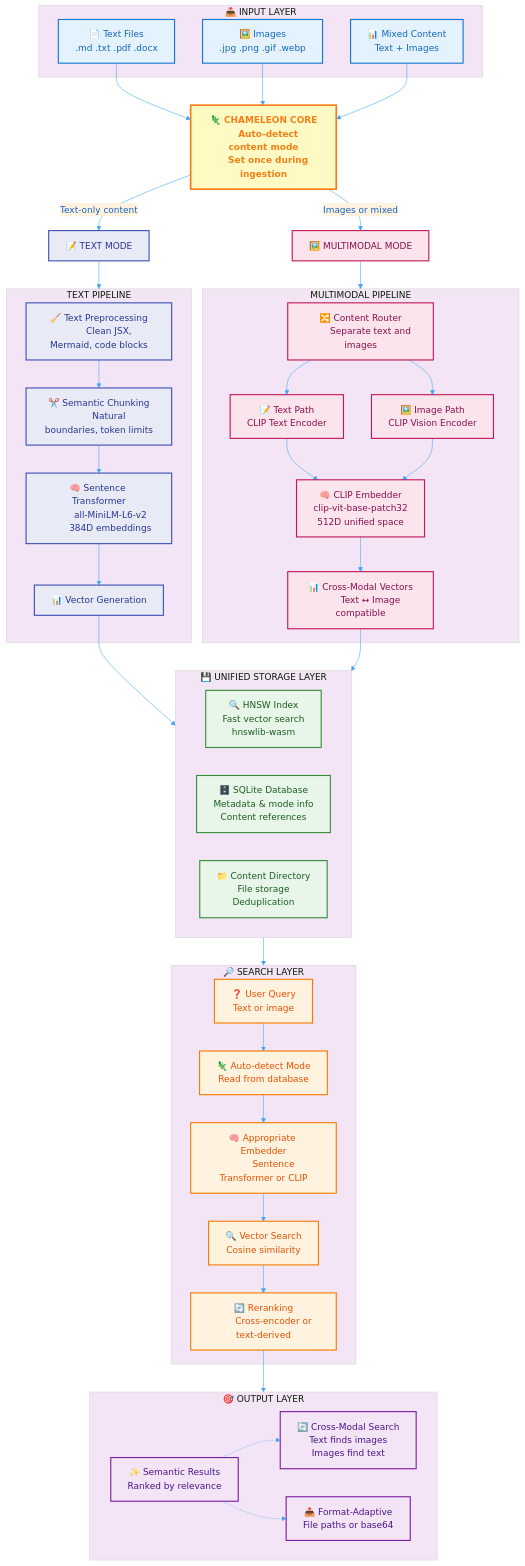
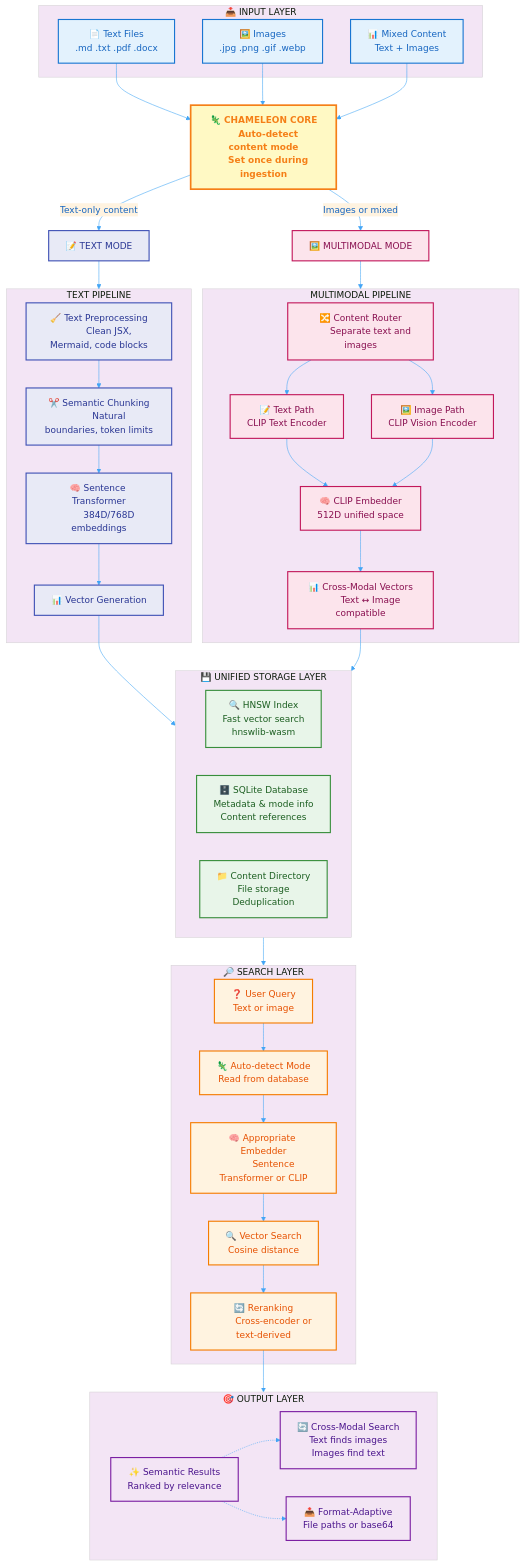
Before and after one commit to raglite/rag-lite-ts: the diagram in docs/assets/pipeline.mmd, drawn with Mermaid. The commit also changed 20 other files, not shown here.

```diff
--- a/docs/assets/pipeline.mmd
+++ b/docs/assets/pipeline.mmd
@@ -1,128 +1,126 @@
 %%{init: {'theme':'base', 'themeVariables': { 'primaryColor':'#e3f2fd','primaryTextColor':'#1565c0','primaryBorderColor':'#1976d2','lineColor':'#42a5f5','secondaryColor':'#fff3e0','tertiaryColor':'#f3e5f5'}}}%%
 
 graph TB
     %% Input Layer
     subgraph Input["📥 INPUT LAYER"]
         TextFiles["📄 Text Files<br/>.md .txt .pdf .docx"]
         Images["🖼️ Images<br/>.jpg .png .gif .webp"]
         Mixed["📊 Mixed Content<br/>Text + Images"]
     end
 
     %% Chameleon Core
     Chameleon["🦎 CHAMELEON CORE
     Auto-detect content mode
     Set once during ingestion"]
     
     %% Mode Selection
     TextFiles --> Chameleon
     Images --> Chameleon
     Mixed --> Chameleon
     
     Chameleon -->|Text-only content| TextMode["📝 TEXT MODE"]
     Chameleon -->|Images or mixed| MultimodalMode["🖼️ MULTIMODAL MODE"]
 
     %% Text Pipeline
     subgraph TextPipeline["TEXT PIPELINE"]
         TP1["🧹 Text Preprocessing
         Clean JSX, Mermaid, code blocks"]
         TP2["✂️ Semantic Chunking
         Natural boundaries, token limits"]
         TP3["🧠 Sentence Transformer
-        all-MiniLM-L6-v2
-        384D embeddings"]
+        384D/768D embeddings"]
         TP4["📊 Vector Generation"]
         
         TP1 --> TP2 --> TP3 --> TP4
     end
 
     %% Multimodal Pipeline
     subgraph MultimodalPipeline["MULTIMODAL PIPELINE"]
         MP1["🔀 Content Router
         Separate text and images"]
         MP2T["📝 Text Path
         CLIP Text Encoder"]
         MP2I["🖼️ Image Path
         CLIP Vision Encoder"]
         MP3["🧠 CLIP Embedder
-        clip-vit-base-patch32
         512D unified space"]
         MP4["📊 Cross-Modal Vectors
         Text ↔ Image compatible"]
         
         MP1 --> MP2T --> MP3
         MP1 --> MP2I --> MP3
         MP3 --> MP4
     end
 
     TextMode --> TextPipeline
     MultimodalMode --> MultimodalPipeline
 
     %% Storage Layer
     subgraph Storage["💾 UNIFIED STORAGE LAYER"]
         HNSW["🔍 HNSW Index
         Fast vector search
         hnswlib-wasm"]
         SQLite["🗄️ SQLite Database
         Metadata & mode info
         Content references"]
         ContentDir["📁 Content Directory
         File storage
         Deduplication"]
     end
 
     TP4 --> Storage
     MP4 --> Storage
 
     %% Search Layer
     subgraph SearchLayer["🔎 SEARCH LAYER"]
         Query["❓ User Query
         Text or image"]
         AutoDetect["🦎 Auto-detect Mode
         Read from database"]
         Embedder["🧠 Appropriate Embedder
         Sentence Transformer or CLIP"]
         VectorSearch["🔍 Vector Search
-        Cosine similarity"]
+        Cosine distance"]
         Rerank["🔄 Reranking
         Cross-encoder or text-derived"]
         
         Query --> AutoDetect
         AutoDetect --> Embedder
         Embedder --> VectorSearch
         VectorSearch --> Rerank
     end
 
     Storage --> SearchLayer
 
     %% Output Layer
     subgraph Output["🎯 OUTPUT LAYER"]
         Results["✨ Semantic Results
         Ranked by relevance"]
         CrossModal["🔄 Cross-Modal Search
         Text finds images
         Images find text"]
         FormatAdaptive["📤 Format-Adaptive
         File paths or base64"]
         
         Results -.-> CrossModal
         Results -.-> FormatAdaptive
     end
 
     Rerank --> Output
 
     %% Styling
     classDef inputStyle fill:#e3f2fd,stroke:#1976d2,stroke-width:2px,color:#1565c0
     classDef chameleonStyle fill:#fff9c4,stroke:#f57f17,stroke-width:3px,color:#f57f17,font-weight:bold
     classDef textStyle fill:#e8eaf6,stroke:#3f51b5,stroke-width:2px,color:#283593
     classDef multimodalStyle fill:#fce4ec,stroke:#c2185b,stroke-width:2px,color:#880e4f
     classDef storageStyle fill:#e8f5e9,stroke:#388e3c,stroke-width:2px,color:#1b5e20
     classDef searchStyle fill:#fff3e0,stroke:#f57c00,stroke-width:2px,color:#e65100
     classDef outputStyle fill:#f3e5f5,stroke:#7b1fa2,stroke-width:2px,color:#4a148c
 
     class TextFiles,Images,Mixed inputStyle
     class Chameleon chameleonStyle
     class TextMode,TP1,TP2,TP3,TP4 textStyle
     class MultimodalMode,MP1,MP2T,MP2I,MP3,MP4 multimodalStyle
     class HNSW,SQLite,ContentDir storageStyle
     class Query,AutoDetect,Embedder,VectorSearch,Rerank searchStyle
     class Results,CrossModal,FormatAdaptive outputStyle
```
